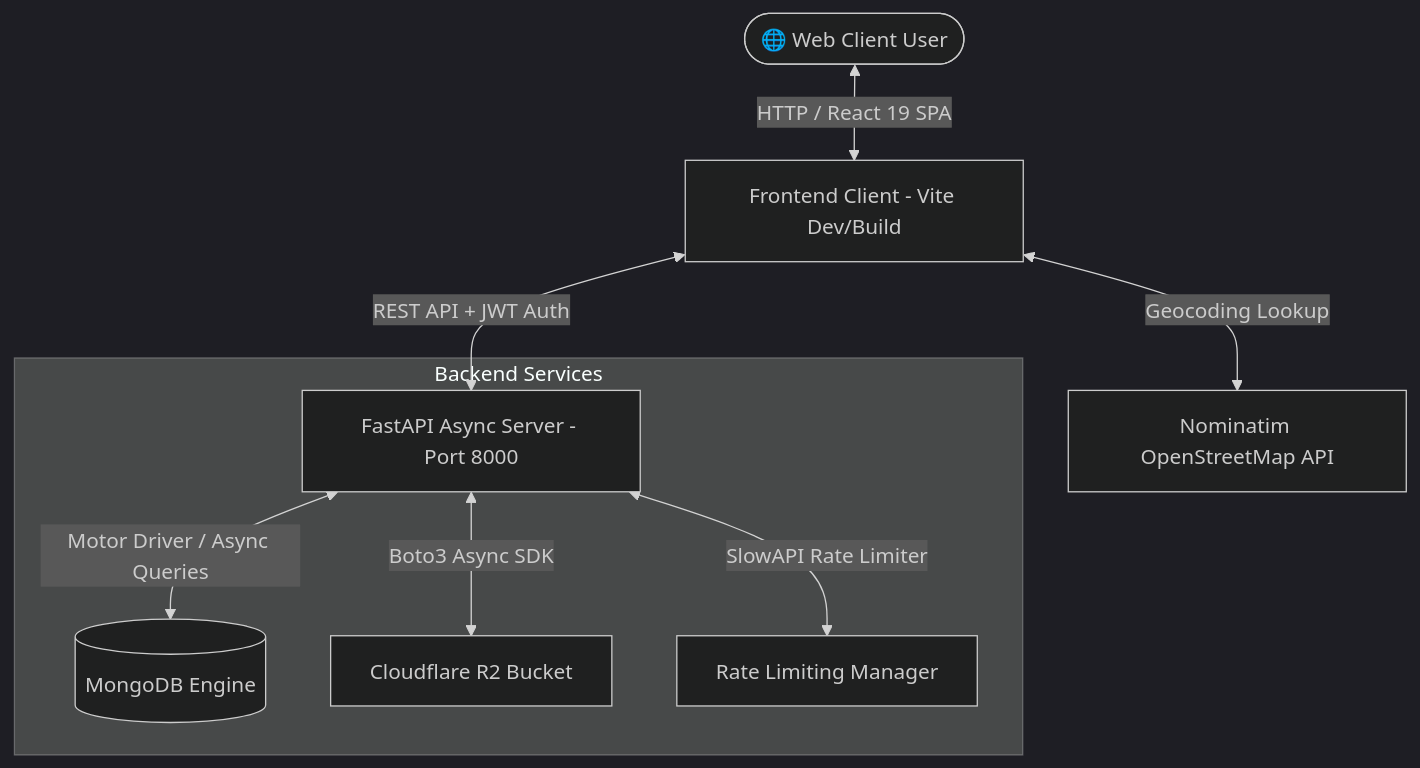
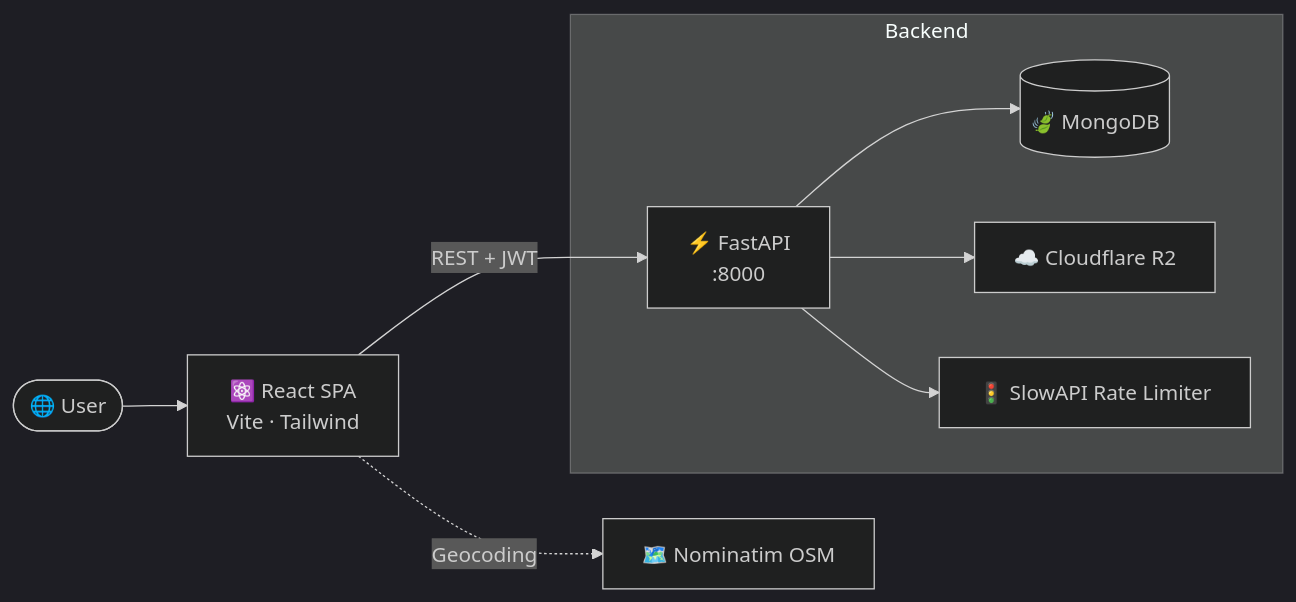
One commit to xxKrishna2609xx/Business-Listing-Website changed the diagram in README.md. Above: the diagram before and after it, drawn with Mermaid (dark theme). The commit also changed other lines of this file, not shown here.

````diff
--- a/README.md
+++ b/README.md
@@ -78,12 +98,12 @@
 ```mermaid
-graph TD
-    User([🌐 Web Client User]) <-->|HTTP / React 19 SPA| SPA[Frontend Client - Vite Dev/Build]
-    SPA <-->|REST API + JWT Auth| API[FastAPI Async Server - Port 8000]
-    SPA <-->|Geocoding Lookup| OSM[Nominatim OpenStreetMap API]
-    
-    subgraph Backend Services
-        API <-->|Motor Driver / Async Queries| DB[(MongoDB Engine)]
-        API <-->|Boto3 Async SDK| R2[Cloudflare R2 Bucket]
-        API <-->|SlowAPI Rate Limiter| RL[Rate Limiting Manager]
+graph LR
+    U([🌐 User]) --> SPA[⚛️ React SPA<br/>Vite · Tailwind]
+    SPA -->|REST + JWT| API[⚡ FastAPI<br/>:8000]
+    SPA -.->|Geocoding| OSM[🗺️ Nominatim OSM]
+
+    subgraph Backend
+        API --> DB[(🍃 MongoDB)]
+        API --> R2[☁️ Cloudflare R2]
+        API --> RL[🚦 SlowAPI Rate Limiter]
     end
 ```
````
